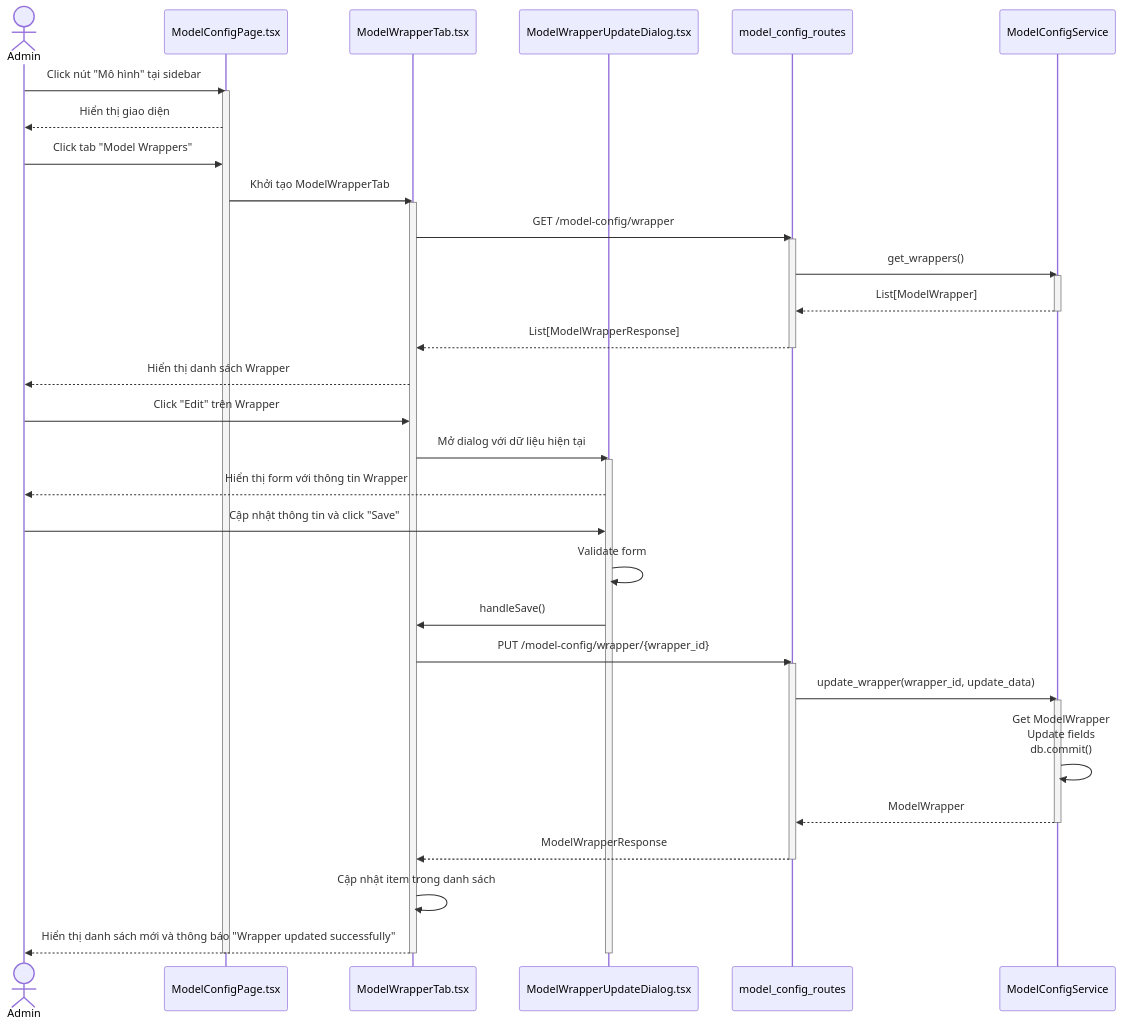
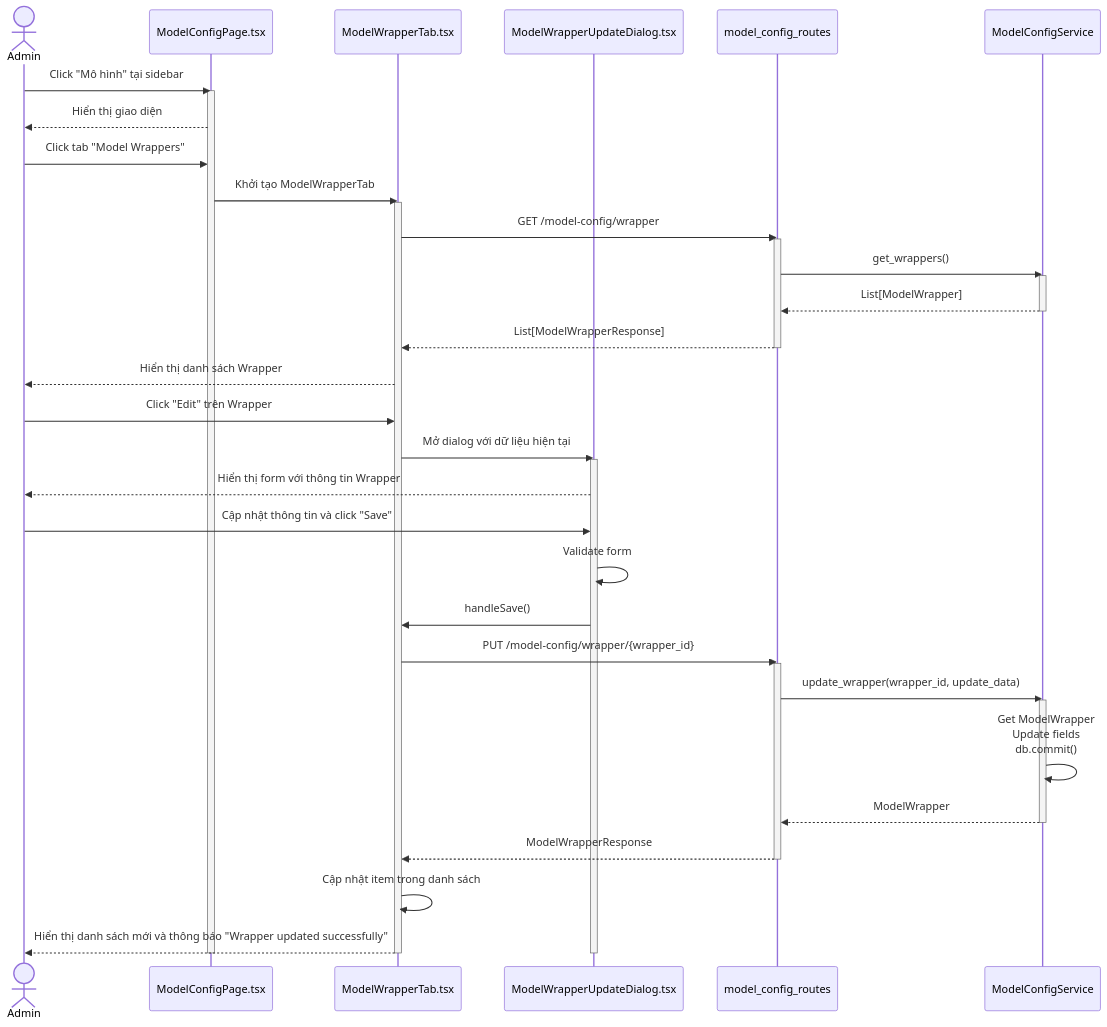
One commit to mduc-2610/gp_doc changed the ninth of 10 diagrams in model_config/4_model_config_seq.md. Above: the diagram before and after it, drawn with Mermaid. The commit also changed other lines of this file and 39 other files, not shown here.

Commit message:
add session sequence

````diff
--- a/model_config/4_model_config_seq.md
+++ b/model_config/4_model_config_seq.md
@@ -491,56 +491,56 @@
 ```mermaid
 sequenceDiagram
     actor Admin
     participant ModelConfigPage as ModelConfigPage.tsx
     participant ModelWrapperTab as ModelWrapperTab.tsx
     participant ModelWrapperUpdateDialog as ModelWrapperUpdateDialog.tsx
     participant ModelConfigRoutes as model_config_routes
     participant ModelConfigService as ModelConfigService
 
-    Admin->>ModelConfigPage: Click nút "Mô hình" tại sidebar
+    Admin->>ModelConfigPage: Click "Mô hình" tại sidebar
     activate ModelConfigPage
     ModelConfigPage-->>Admin: Hiển thị giao diện
     
     Admin->>ModelConfigPage: Click tab "Model Wrappers"
     ModelConfigPage->>ModelWrapperTab: Khởi tạo ModelWrapperTab
     activate ModelWrapperTab
     
     ModelWrapperTab->>ModelConfigRoutes: GET /model-config/wrapper
     activate ModelConfigRoutes
     ModelConfigRoutes->>ModelConfigService: get_wrappers()
     activate ModelConfigService
     ModelConfigService-->>ModelConfigRoutes: List[ModelWrapper]
     deactivate ModelConfigService
     ModelConfigRoutes-->>ModelWrapperTab: List[ModelWrapperResponse]
     deactivate ModelConfigRoutes
     
     ModelWrapperTab-->>Admin: Hiển thị danh sách Wrapper
     
     Admin->>ModelWrapperTab: Click "Edit" trên Wrapper
     ModelWrapperTab->>ModelWrapperUpdateDialog: Mở dialog với dữ liệu hiện tại
     activate ModelWrapperUpdateDialog
     ModelWrapperUpdateDialog-->>Admin: Hiển thị form với thông tin Wrapper
     
     Admin->>ModelWrapperUpdateDialog: Cập nhật thông tin và click "Save"
     ModelWrapperUpdateDialog->>ModelWrapperUpdateDialog: Validate form
     ModelWrapperUpdateDialog->>ModelWrapperTab: handleSave()
     
     ModelWrapperTab->>ModelConfigRoutes: PUT /model-config/wrapper/{wrapper_id}
     activate ModelConfigRoutes
     ModelConfigRoutes->>ModelConfigService: update_wrapper(wrapper_id, update_data)
     activate ModelConfigService
     
     ModelConfigService->>ModelConfigService: Get ModelWrapper<br/>Update fields<br/>db.commit()
     
     ModelConfigService-->>ModelConfigRoutes: ModelWrapper
     deactivate ModelConfigService
     ModelConfigRoutes-->>ModelWrapperTab: ModelWrapperResponse
     deactivate ModelConfigRoutes
     
     ModelWrapperTab->>ModelWrapperTab: Cập nhật item trong danh sách
     ModelWrapperTab-->>Admin: Hiển thị danh sách mới và thông báo "Wrapper updated successfully"
     
     deactivate ModelWrapperUpdateDialog
     deactivate ModelWrapperTab
     deactivate ModelConfigPage
 ```
````
